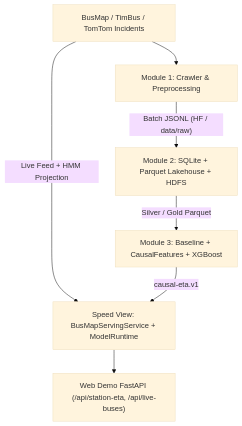
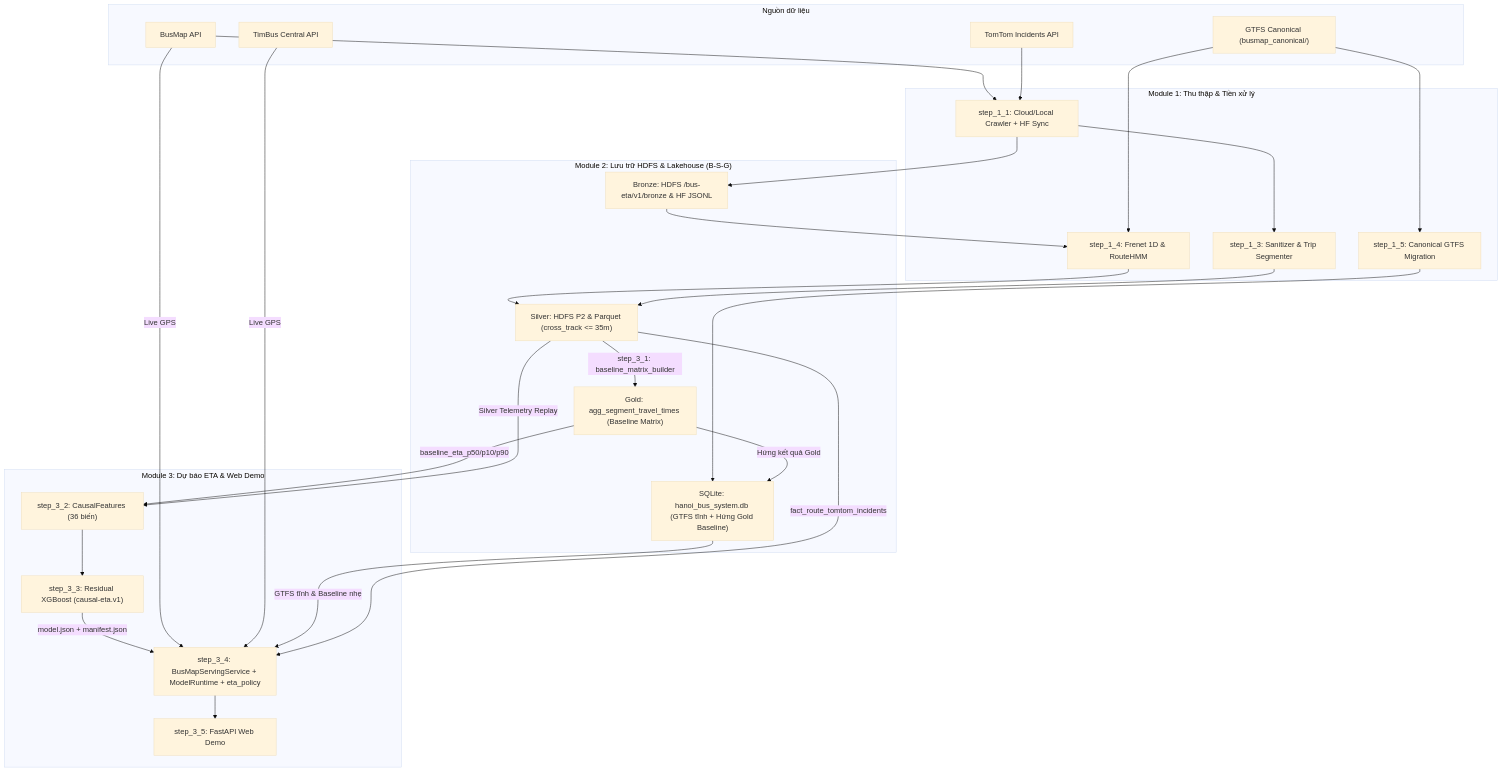
Before and after one commit to toibinguz/Bus_tracking: the diagram in README.md, drawn with Mermaid (base theme). The commit also changed 10 other files, not shown here.

Commit message:
docs: detail all vertical Mermaid diagrams and show Gold Baseline feeding ML training

````diff
--- a/README.md
+++ b/README.md
@@ -9,9 +9,44 @@
 ```mermaid
 flowchart TD
-    A["BusMap / TimBus / TomTom Incidents"] --> B["Module 1: Crawler & Preprocessing"]
-    B -->|"Batch JSONL (HF / data/raw)"| C["Module 2: SQLite + Parquet Lakehouse + HDFS"]
-    C -->|"Silver / Gold Parquet"| D["Module 3: Baseline + CausalFeatures + XGBoost"]
-    A -->|"Live Feed + HMM Projection"| E["Speed View: BusMapServingService + ModelRuntime"]
-    D -->|"causal-eta.v1"| E
-    E --> F["Web Demo FastAPI (/api/station-eta, /api/live-buses)"]
+    subgraph SRC["Nguồn dữ liệu"]
+        BM["BusMap API"]
+        TB["TimBus Central API"]
+        TT["TomTom Incidents API"]
+        GTFS["GTFS Canonical (busmap_canonical/)"]
+    end
+
+    subgraph M1["Module 1: Thu thập & Tiền xử lý"]
+        CRAWL["step_1_1: Cloud/Local Crawler + HF Sync"]
+        SAN["step_1_3: Sanitizer & Trip Segmenter"]
+        PROJ["step_1_4: Frenet 1D & RouteHMM"]
+        MIG["step_1_5: Canonical GTFS Migration"]
+    end
+
+    subgraph M2["Module 2: Lưu trữ HDFS & Lakehouse (B-S-G)"]
+        BR["Bronze: HDFS /bus-eta/v1/bronze & HF JSONL"]
+        SIL["Silver: HDFS P2 & Parquet (cross_track <= 35m)"]
+        GOLD["Gold: agg_segment_travel_times (Baseline Matrix)"]
+        SQL["SQLite: hanoi_bus_system.db (GTFS tĩnh + Hứng Gold Baseline)"]
+    end
+
+    subgraph M3["Module 3: Dự báo ETA & Web Demo"]
+        CF["step_3_2: CausalFeatures (36 biến)"]
+        TRAIN["step_3_3: Residual XGBoost (causal-eta.v1)"]
+        SERVE["step_3_4: BusMapServingService + ModelRuntime + eta_policy"]
+        WEB["step_3_5: FastAPI Web Demo"]
+    end
+
+    BM & TT --> CRAWL --> BR --> PROJ --> SIL
+    CRAWL --> SAN --> SIL
+    GTFS --> MIG --> SQL
+    GTFS --> PROJ
+    SIL -->|"step_3_1: baseline_matrix_builder"| GOLD
+    GOLD -->|"Hứng kết quả Gold"| SQL
+    GOLD -->|"baseline_eta_p50/p10/p90"| CF
+    SIL -->|"Silver Telemetry Replay"| CF
+    CF --> TRAIN -->|"model.json + manifest.json"| SERVE
+    BM & TB -->|"Live GPS"| SERVE
+    SQL -->|"GTFS tĩnh & Baseline nhẹ"| SERVE
+    SIL -->|"fact_route_tomtom_incidents"| SERVE
+    SERVE --> WEB
 ```
````
